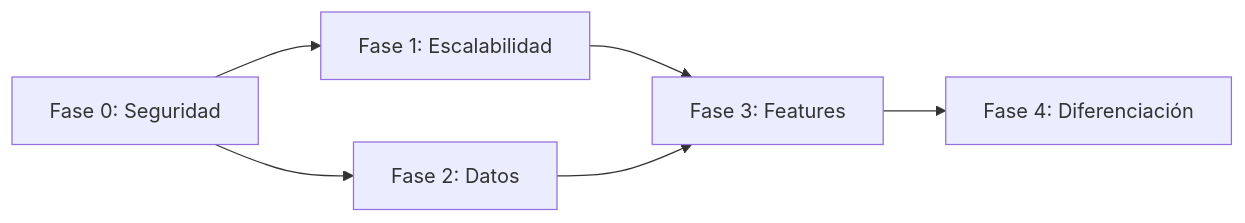
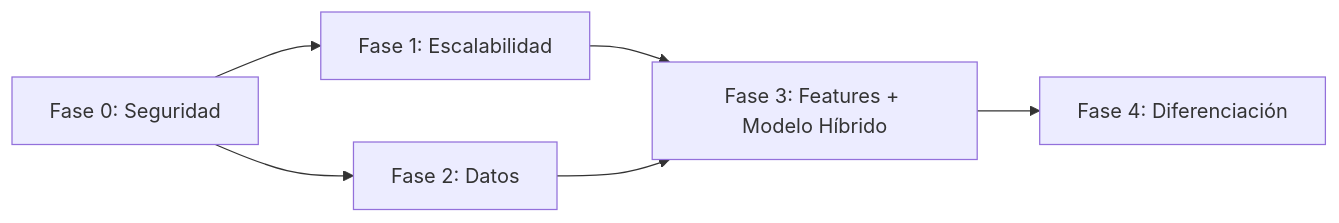
One commit to gbreard/mol changed the diagram in docs/plan/09_ROADMAP.md. Above: the diagram before and after it, drawn with Mermaid. The commit also changed other lines of this file and 6 other files, not shown here.

First line of the commit message:
docs(plan): modelo híbrido v2.0 — registro libre + acceso gated + CMS

````diff
--- a/docs/plan/09_ROADMAP.md
+++ b/docs/plan/09_ROADMAP.md
@@ -173,8 +204,8 @@
 ```mermaid
 graph LR
     F0[Fase 0: Seguridad] --> F1[Fase 1: Escalabilidad]
     F0 --> F2[Fase 2: Datos]
-    F1 --> F3[Fase 3: Features]
+    F1 --> F3[Fase 3: Features + Modelo Híbrido]
     F2 --> F3
     F3 --> F4[Fase 4: Diferenciación]
 ```
````
